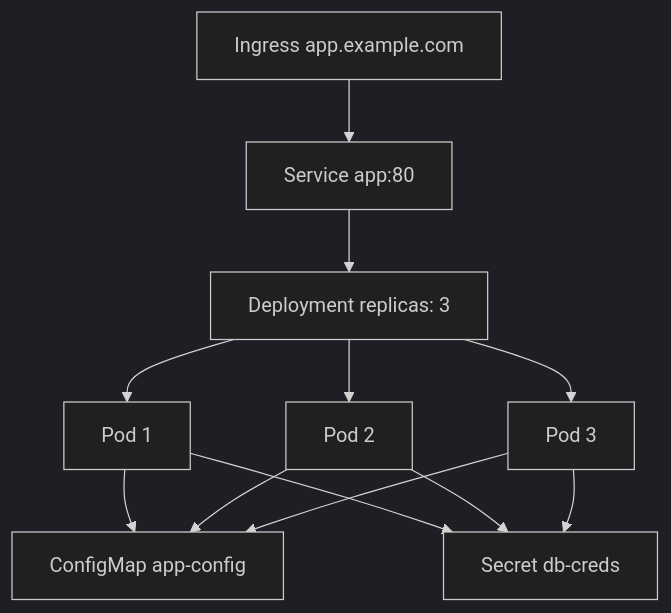
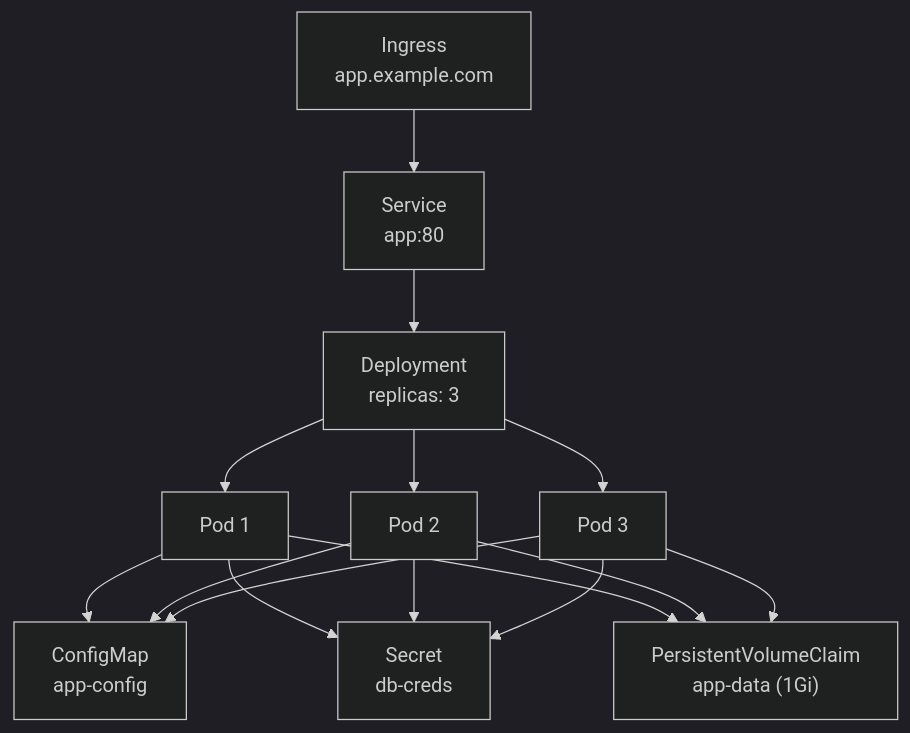
Diagram 11 of 11 in 03_first_steps/03_pods_deployments_services.md (UncleJS/course_k3s), drawn with Mermaid (dark theme) before and after one commit. The commit also changed other lines of this file and 45 other files, not shown here.

First line of the commit message:
Expand all course lessons: Mermaid diagrams + rich prose across 43 files

````diff
--- a/03_first_steps/03_pods_deployments_services.md
+++ b/03_first_steps/03_pods_deployments_services.md
@@ -466,10 +716,11 @@
 ```mermaid
 flowchart TD
-    I[Ingress app.example.com] --> SVC[Service app:80]
-    SVC --> D[Deployment replicas: 3]
-    D --> P1[Pod 1]
-    D --> P2[Pod 2]
-    D --> P3[Pod 3]
-    P1 & P2 & P3 --> CM[ConfigMap app-config]
-    P1 & P2 & P3 --> SEC[Secret db-creds]
+    I["Ingress<br/>app.example.com"] --> SVC["Service<br/>app:80"]
+    SVC --> D["Deployment<br/>replicas: 3"]
+    D --> P1["Pod 1"]
+    D --> P2["Pod 2"]
+    D --> P3["Pod 3"]
+    P1 & P2 & P3 --> CM["ConfigMap<br/>app-config"]
+    P1 & P2 & P3 --> SEC["Secret<br/>db-creds"]
+    P1 & P2 & P3 --> PVC["PersistentVolumeClaim<br/>app-data (1Gi)"]
 ```
````
